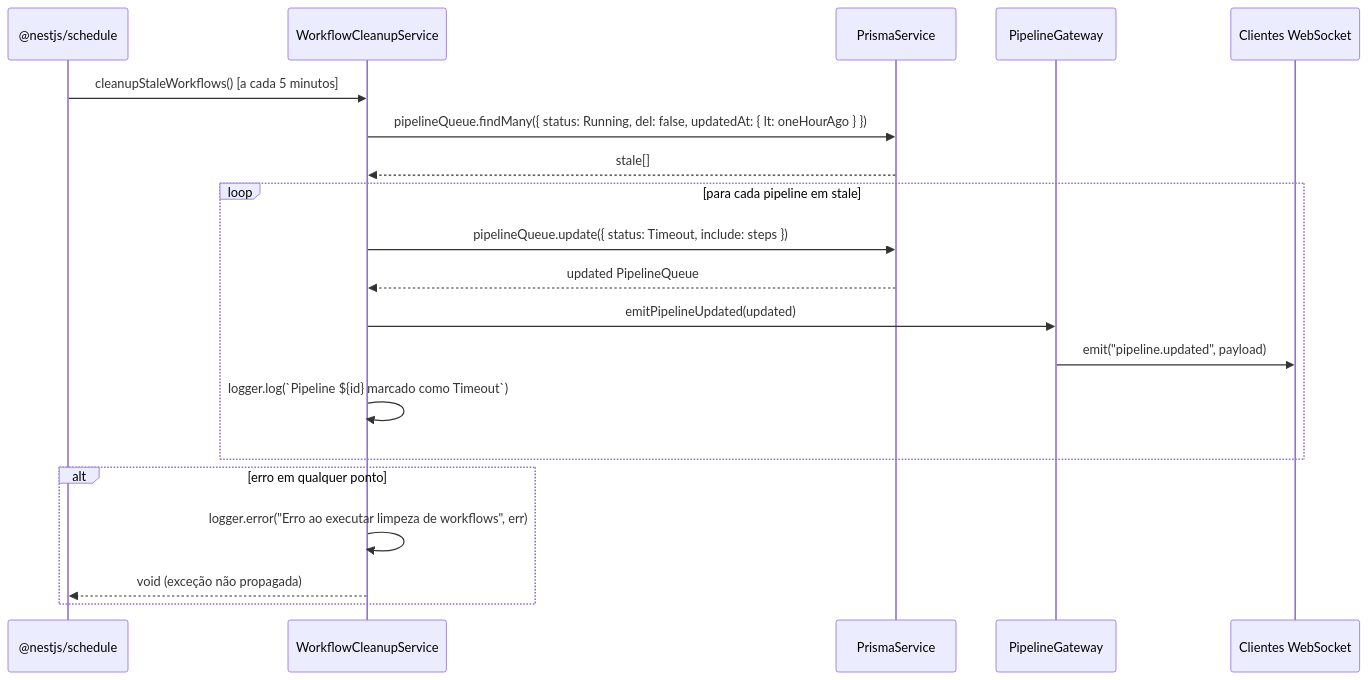
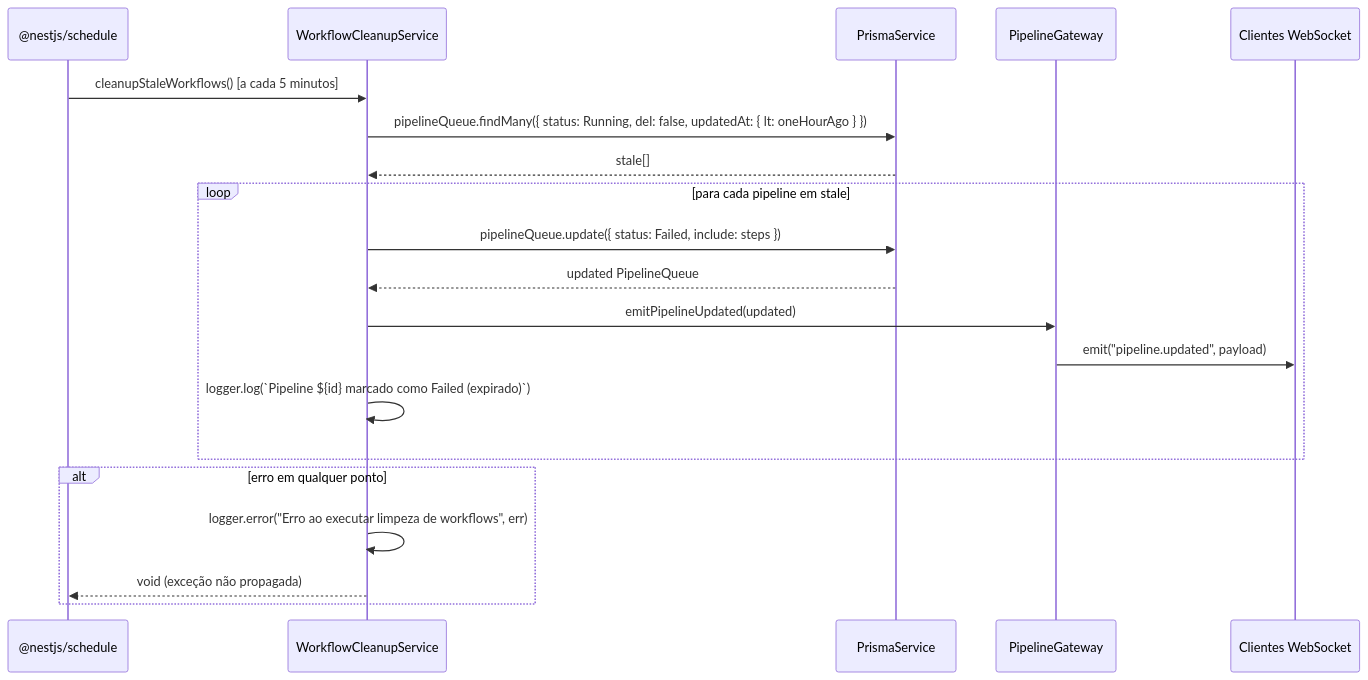
Before and after one commit to adaptwebtech/monitor-deploy: the first of 3 diagrams in docs/implementation/workflow-timeout.md, drawn with Mermaid. The commit also changed other lines of this file and 11 other files, not shown here.

First line of the commit message:
refactor: replace Timeout status with Failed across the stack

````diff
--- a/docs/implementation/workflow-timeout.md
+++ b/docs/implementation/workflow-timeout.md
@@ -91,25 +85,25 @@
 ```mermaid
 sequenceDiagram
     participant Scheduler as @nestjs/schedule
     participant Svc as WorkflowCleanupService
     participant Prisma as PrismaService
     participant GW as PipelineGateway
     participant WS as Clientes WebSocket
 
     Scheduler->>Svc: cleanupStaleWorkflows() [a cada 5 minutos]
     Svc->>Prisma: pipelineQueue.findMany({ status: Running, del: false, updatedAt: { lt: oneHourAgo } })
     Prisma-->>Svc: stale[]
 
     loop para cada pipeline em stale
-        Svc->>Prisma: pipelineQueue.update({ status: Timeout, include: steps })
+        Svc->>Prisma: pipelineQueue.update({ status: Failed, include: steps })
         Prisma-->>Svc: updated PipelineQueue
         Svc->>GW: emitPipelineUpdated(updated)
         GW->>WS: emit("pipeline.updated", payload)
-        Svc->>Svc: logger.log(`Pipeline ${id} marcado como Timeout`)
+        Svc->>Svc: logger.log(`Pipeline ${id} marcado como Failed (expirado)`)
     end
 
     alt erro em qualquer ponto
         Svc->>Svc: logger.error("Erro ao executar limpeza de workflows", err)
         Svc-->>Scheduler: void (exceção não propagada)
     end
 ```
````
